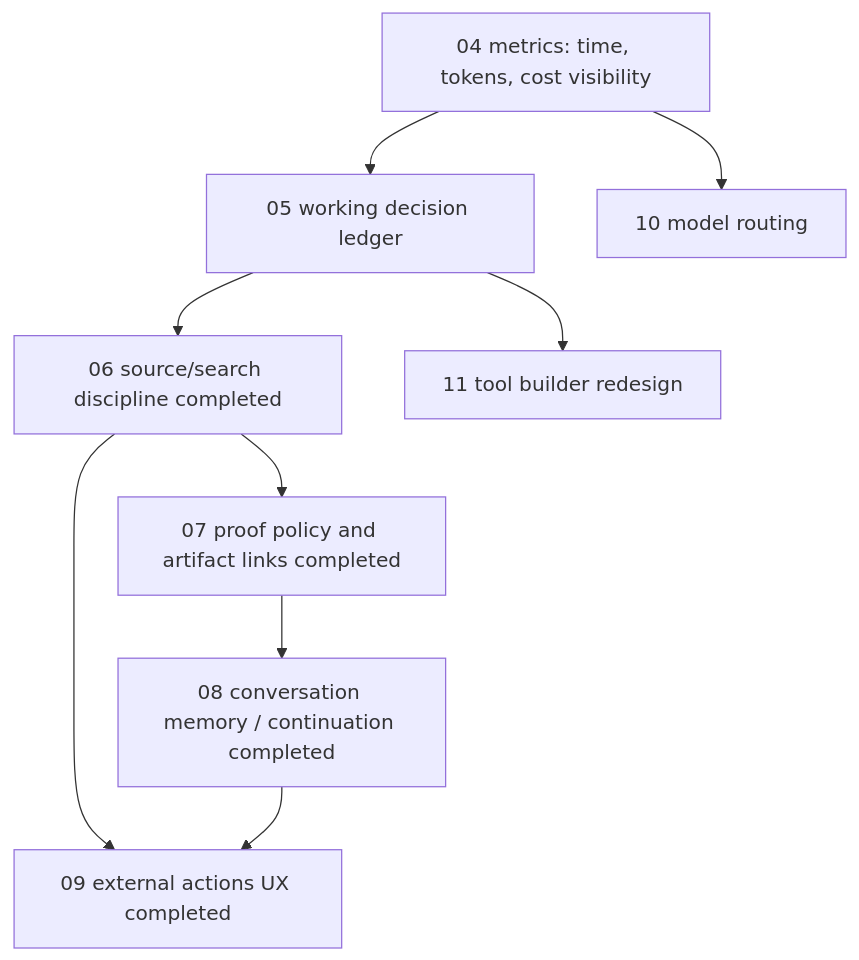
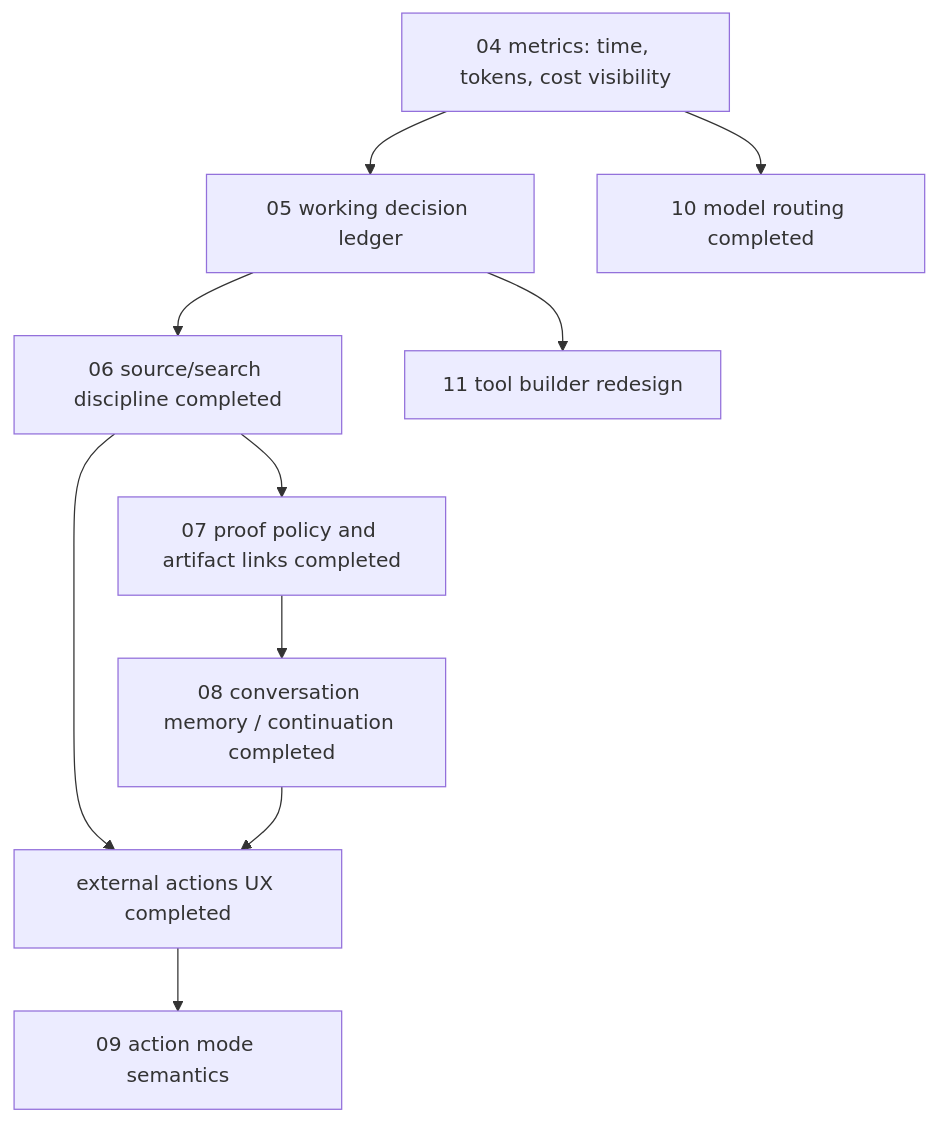
The diagram in docs/tasks/README.md (ruler47/agentic), drawn with Mermaid before and after one commit. The commit also changed other lines of this file and 26 other files, not shown here.

Commit message:
Add durable model profiles for routing

````diff
--- a/docs/tasks/README.md
+++ b/docs/tasks/README.md
@@ -39,11 +40,12 @@
 ```mermaid
 flowchart TD
   A["04 metrics: time, tokens, cost visibility"] --> B["05 working decision ledger"]
   B --> C["06 source/search discipline completed"]
   C --> D["07 proof policy and artifact links completed"]
   D --> E["08 conversation memory / continuation completed"]
-  C --> F["09 external actions UX completed"]
-  E --> F
-  A --> G["10 model routing"]
+  C --> F0["external actions UX completed"]
+  E --> F0
+  F0 --> F["09 action mode semantics"]
+  A --> G["10 model routing completed"]
   B --> H["11 tool builder redesign"]
 ```
````
